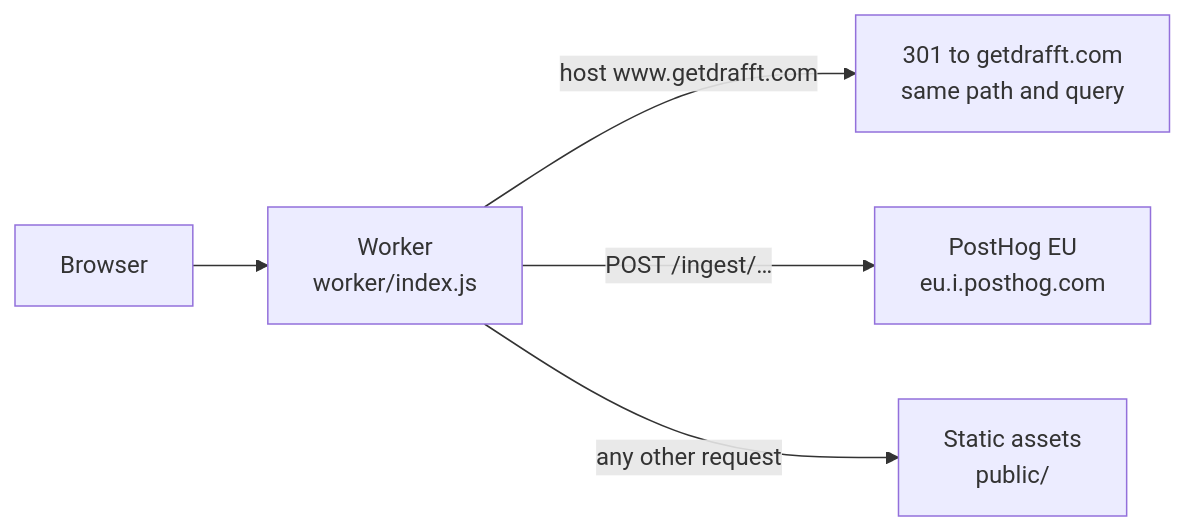
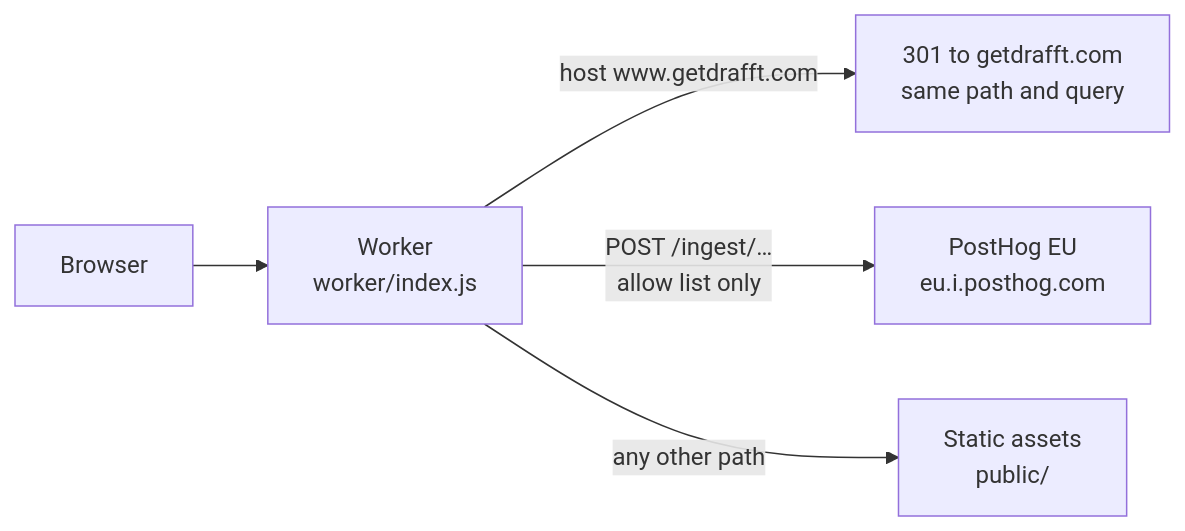
Before and after one commit to sylwaninn/drafft-web: the diagram in README.md, drawn with Mermaid. The commit also changed other lines of this file, not shown here.

````diff
--- a/README.md
+++ b/README.md
@@ -25,7 +26,7 @@
 ```mermaid
 flowchart LR
   Browser["Browser"] --> Worker["Worker<br/>worker/index.js"]
   Worker -- "host www.getdrafft.com" --> Redirect["301 to getdrafft.com<br/>same path and query"]
-  Worker -- "POST /ingest/…" --> PostHog["PostHog EU<br/>eu.i.posthog.com"]
-  Worker -- "any other request" --> Assets["Static assets<br/>public/"]
+  Worker -- "POST /ingest/…<br/>allow list only" --> PostHog["PostHog EU<br/>eu.i.posthog.com"]
+  Worker -- "any other path" --> Assets["Static assets<br/>public/"]
 ```
````
